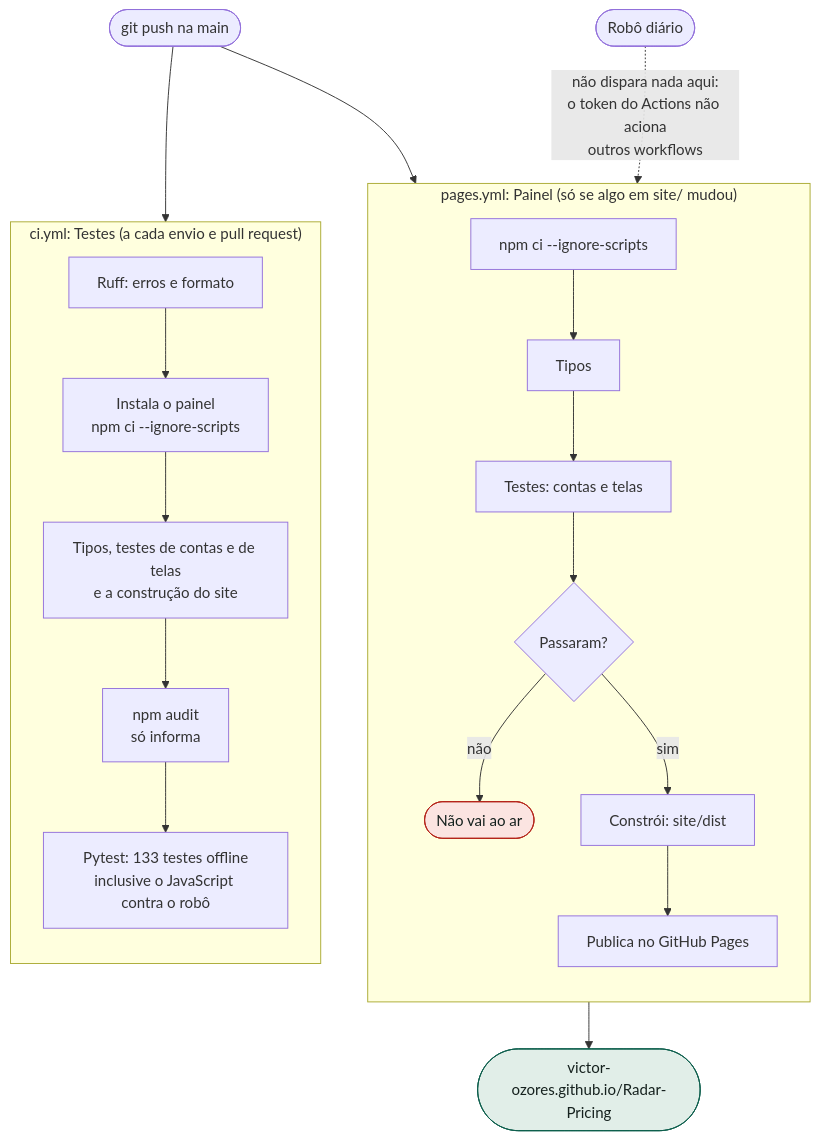
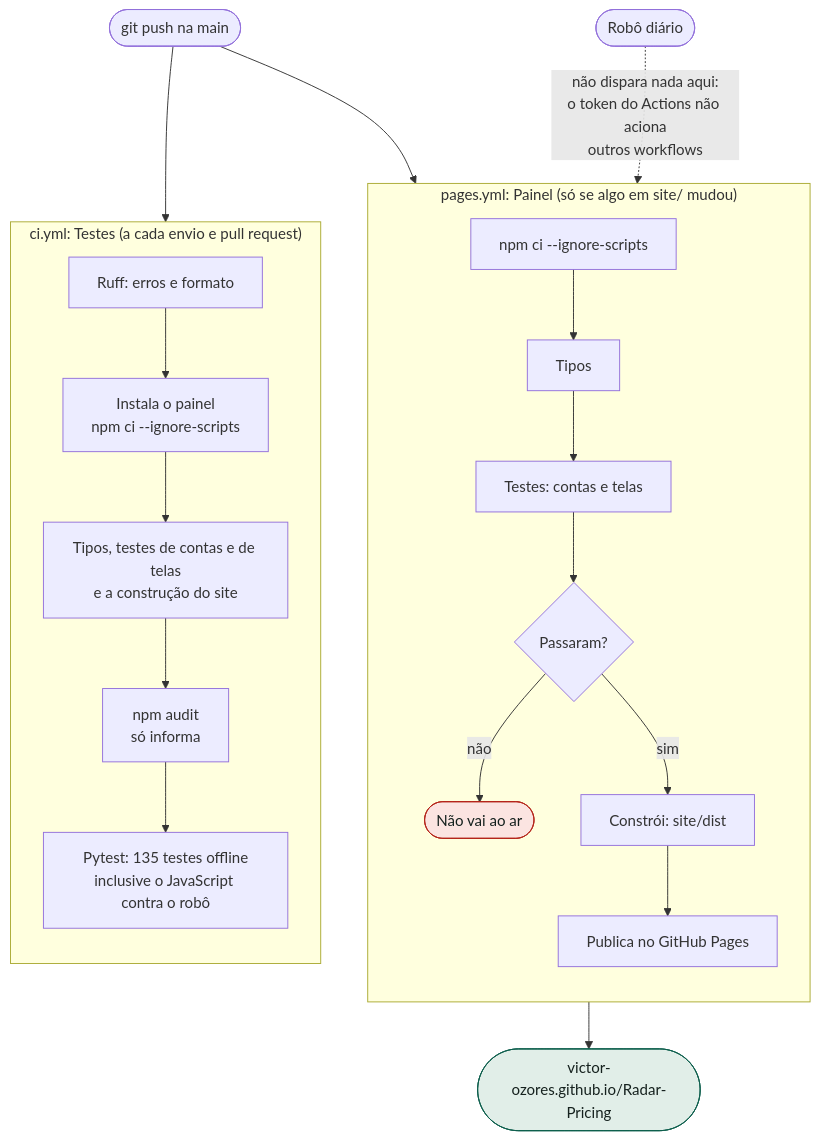
One commit to victor-ozores/Radar-Pricing changed the eighth of 8 diagrams in docs/fluxograma.md. Above: the diagram before and after it, drawn with Mermaid. The commit also changed 32 other files, not shown here.

````diff
--- a/docs/fluxograma.md
+++ b/docs/fluxograma.md
@@ -260,31 +260,31 @@
 ```mermaid
 flowchart TD
     A(["git push na main"]) --> CI
     A --> PG
 
     subgraph CI["ci.yml: Testes (a cada envio e pull request)"]
         direction TB
         C1["Ruff: erros e formato"] --> C2["Instala o painel<br/>npm ci --ignore-scripts"]
         C2 --> C3["Tipos, testes de contas e de telas<br/>e a construção do site"]
         C3 --> C4["npm audit<br/>só informa"]
-        C4 --> C5["Pytest: 133 testes offline<br/>inclusive o JavaScript contra o robô"]
+        C4 --> C5["Pytest: 135 testes offline<br/>inclusive o JavaScript contra o robô"]
     end
 
     subgraph PG["pages.yml: Painel (só se algo em site/ mudou)"]
         direction TB
         P1["npm ci --ignore-scripts"] --> P2["Tipos"]
         P2 --> P3["Testes: contas e telas"]
         P3 --> P4{"Passaram?"}
         P4 -->|"não"| PX(["Não vai ao ar"])
         P4 -->|"sim"| P5["Constrói: site/dist"]
         P5 --> P6["Publica no GitHub Pages"]
     end
 
     P6 --> SITE(["victor-ozores.github.io/Radar-Pricing"])
     ROB(["Robô diário"]) -.->|"não dispara nada aqui:<br/>o token do Actions não aciona<br/>outros workflows"| PG
 
     classDef ruim fill:#fbe4e1,stroke:#b42318,color:#15211e
     classDef fim fill:#e1eee8,stroke:#0b5d4b,color:#15211e
     class PX ruim
     class SITE fim
 ```
````
